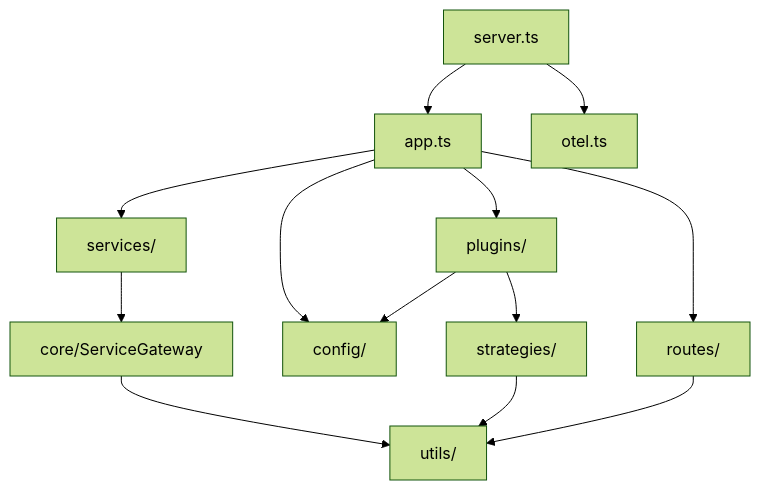
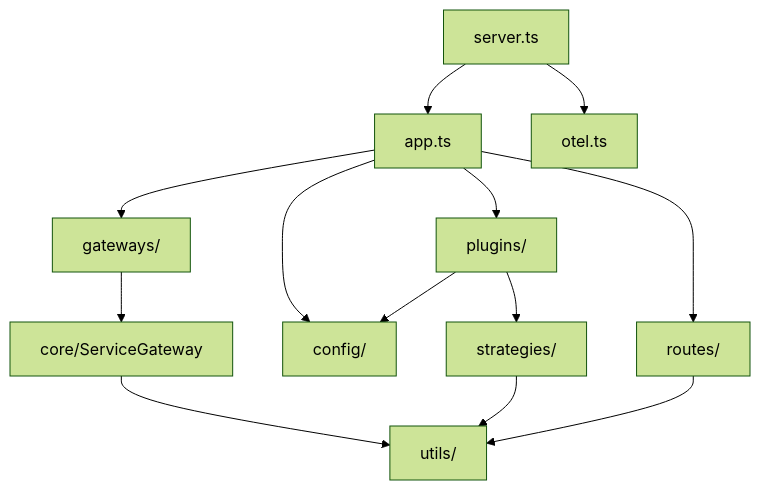
The third of 3 diagrams in docs/architecture.md (byshahriar/fastify-gateway), drawn with Mermaid (forest theme) before and after one commit. The commit also changed other lines of this file and 2 other files, not shown here.

Commit message:
docs: update architecture, endpoints, and extending for the src/gateways rename

````diff
--- a/docs/architecture.md
+++ b/docs/architecture.md
@@ -152,18 +152,18 @@
 ```mermaid
 flowchart TD
     server["server.ts"] --> app["app.ts"]
     server --> otel["otel.ts"]
 
     app --> plugins["plugins/"]
     app --> routes["routes/"]
-    app --> services["services/"]
+    app --> gateways["gateways/"]
     app --> config["config/"]
 
-    services --> core["core/ServiceGateway"]
+    gateways --> core["core/ServiceGateway"]
     plugins --> strategies["strategies/"]
     plugins --> config
 
     core --> utils["utils/"]
     strategies --> utils
     routes --> utils
 ```
````
